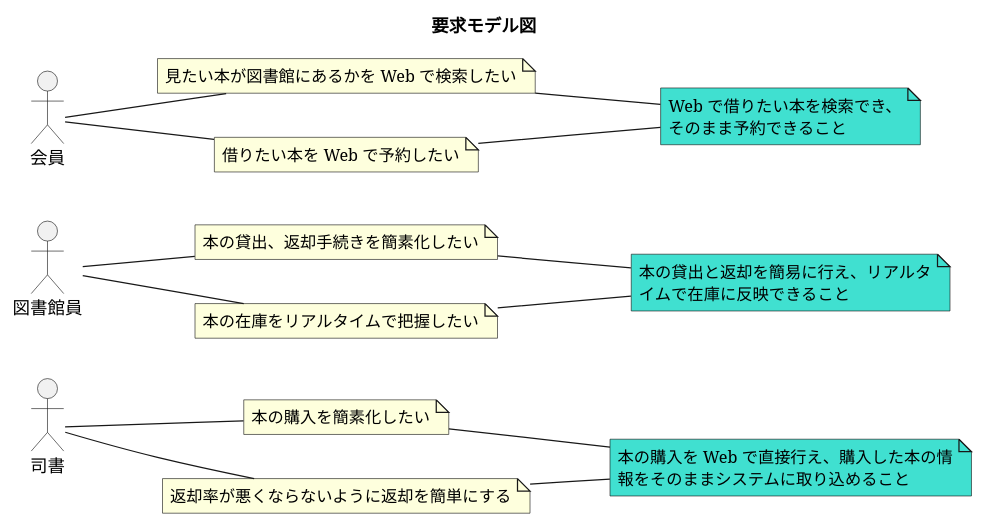
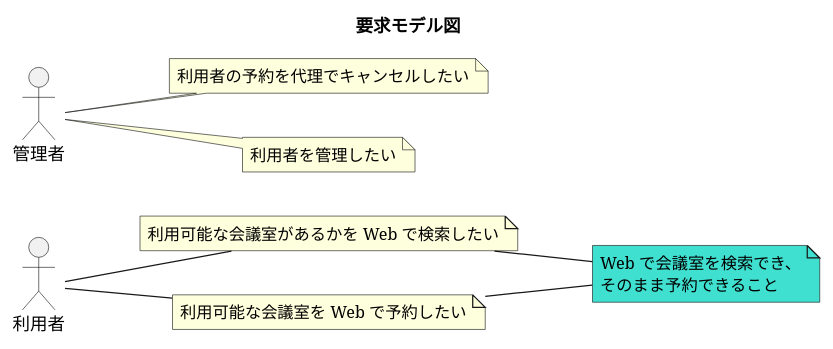
Before and after one commit to k2works/case-study-mrs: the second of 15 diagrams in docs/index.adoc, drawn with PlantUML. The commit also changed other lines of this file, not shown here.

```diff
--- a/docs/index.adoc
+++ b/docs/index.adoc
@@ -58,47 +54,29 @@
 [plantuml]
 ----
 @startuml
 
 title 要求モデル図
 
 left to right direction
 
-actor 司書
-note "本の購入を簡素化したい" as s_r1
-note "返却率が悪くならないように返却を簡単にする" as s_r2
-note as s_dr1 #Turquoise
-  本の購入を Web で直接行え、購入した本の情
-  報をそのままシステムに取り込めること
-end note
-:司書: -- s_r1
-:司書: -- s_r2
-s_r1 -- s_dr1
-s_r2 -- s_dr1
-
-actor 図書館員
-note "本の貸出、返却手続きを簡素化したい" as t_r1
-note "本の在庫をリアルタイムで把握したい" as t_r2
-note as t_dr1 #Turquoise
-  本の貸出と返却を簡易に行え、リアルタ
-  イムで在庫に反映できること
-end note
-:図書館員: -- t_r1
-:図書館員: -- t_r2
-t_r1 -- t_dr1
-t_r2 -- t_dr1
-
-actor 会員
-note "見たい本が図書館にあるかを Web で検索したい" as k_r1
-note "借りたい本を Web で予約したい" as k_r2
+actor 利用者 as ac_01
+note "利用可能な会議室があるかを Web で検索したい" as k_r1
+note "利用可能な会議室を Web で予約したい" as k_r2
 note as k_dr1 #Turquoise
-  Web で借りたい本を検索でき、
+  Web で会議室を検索でき、
   そのまま予約できること
 end note
-:会員: -- k_r1
-:会員: -- k_r2
+ac_01 -- k_r1
+ac_01 -- k_r2
 k_r1 -- k_dr1
 k_r2 -- k_dr1
+
+actor 管理者 as ac_02
+note "利用者の予約を代理でキャンセルしたい" as k_r3
+note "利用者を管理したい" as k_r4
+ac_02 -- k_r3
+ac_02 -- k_r4
 
 @enduml
 
 ----
```
